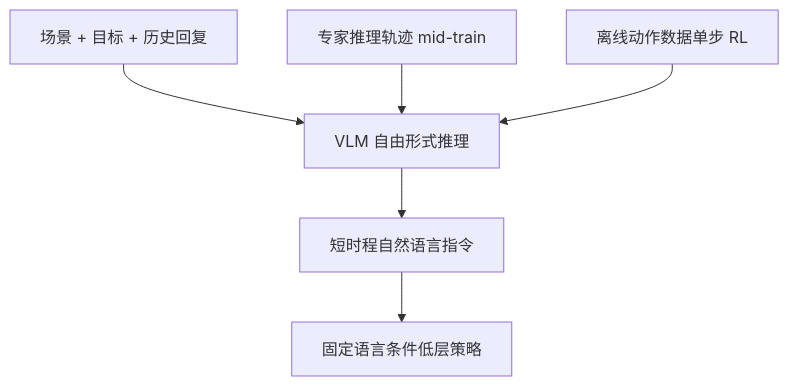
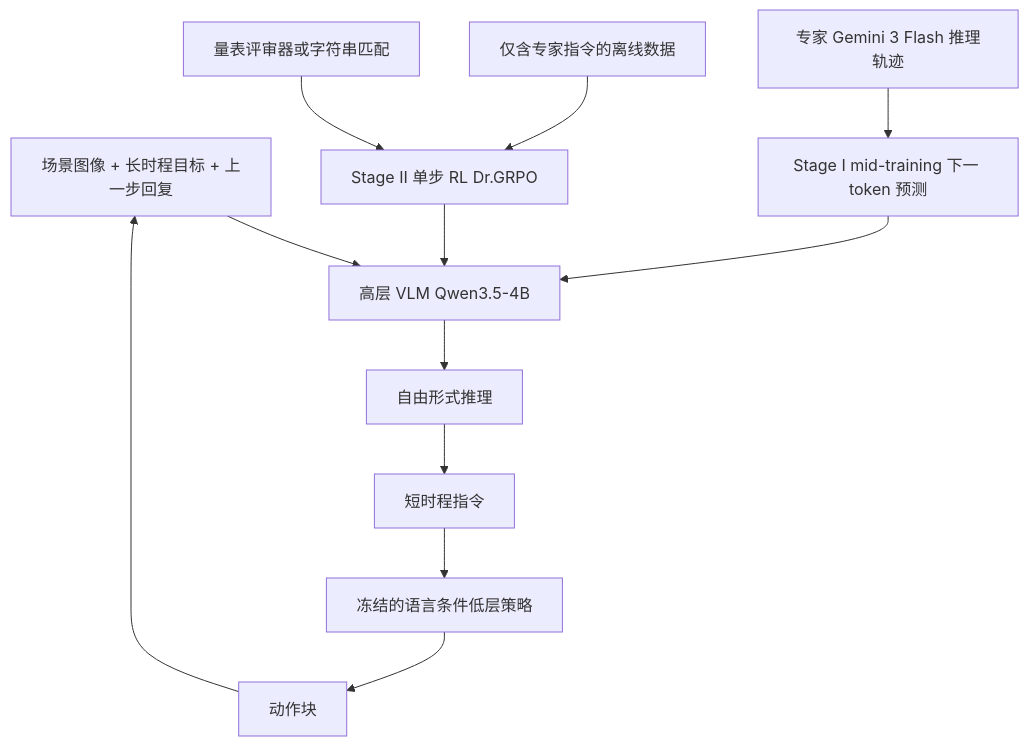
The diagram in wiki/entities/paper-r3-robotic-reasoner.md (ImChong/Robotics_Notebooks), drawn with Mermaid before and after one commit. The commit also changed other lines of this file and 196 other files, not shown here.

````diff
--- a/wiki/entities/paper-r3-robotic-reasoner.md
+++ b/wiki/entities/paper-r3-robotic-reasoner.md
@@ -53,8 +61,14 @@
 ```mermaid
 flowchart TB
-  obs[场景 + 目标 + 历史回复] --> vlm[VLM 自由形式推理]
-  vlm --> inst[短时程自然语言指令]
-  inst --> low[固定语言条件低层策略]
-  sft[专家推理轨迹 mid-train] --> vlm
-  rl[离线动作数据单步 RL] --> vlm
+  obs[场景图像 + 长时程目标 + 上一步回复] --> vlm[高层 VLM Qwen3.5-4B]
+  vlm --> reason[自由形式推理]
+  reason --> inst[短时程指令]
+  inst --> low[冻结的语言条件低层策略]
+  low --> act[动作块]
+  act --> obs
+  gem[专家 Gemini 3 Flash 推理轨迹] --> s1[Stage I mid-training 下一 token 预测]
+  s1 --> vlm
+  expert[仅含专家指令的离线数据] --> s2[Stage II 单步 RL Dr.GRPO]
+  judge[量表评审器或字符串匹配] --> s2
+  s2 --> vlm
 ```
````
